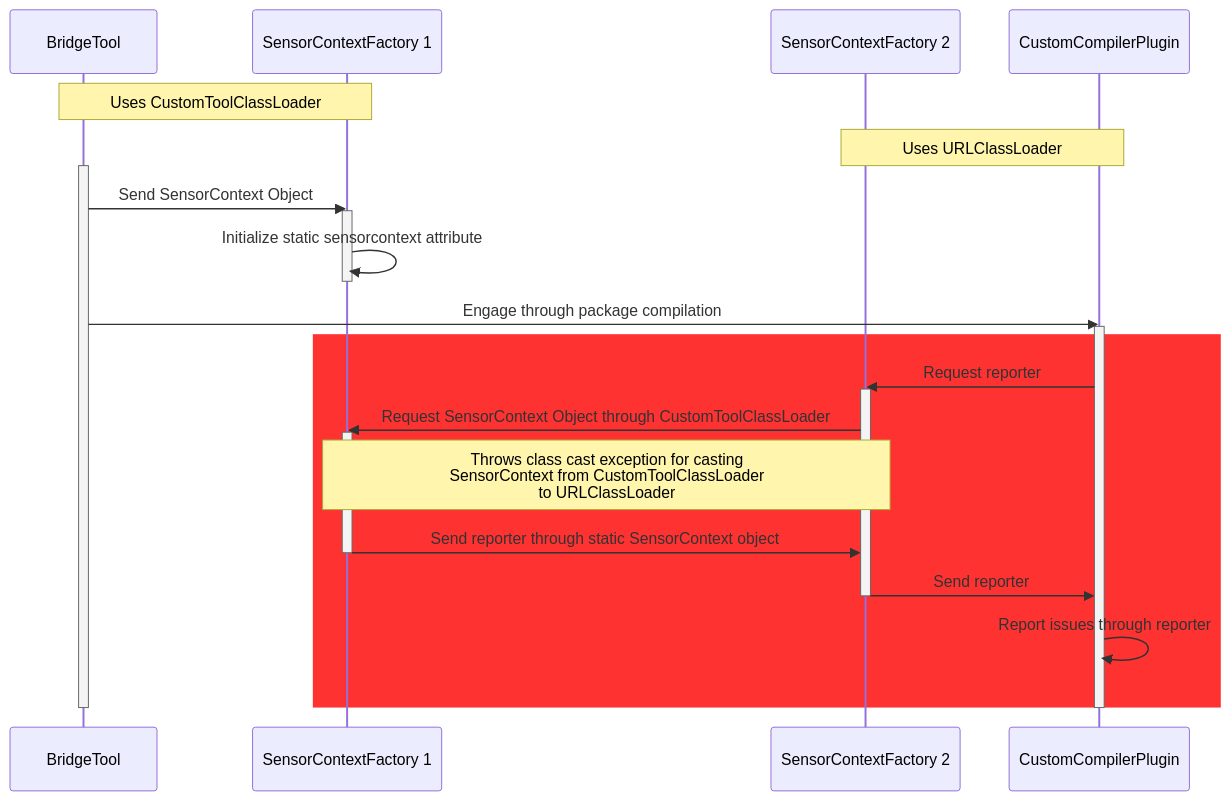
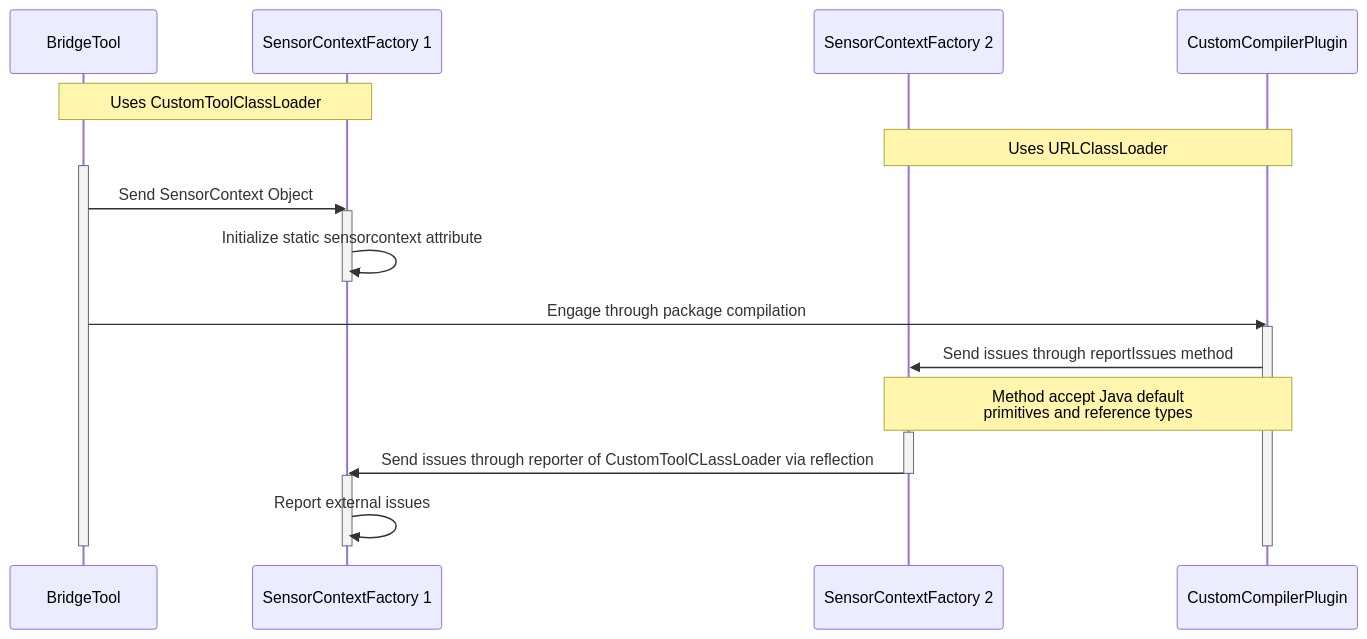
The diagram in README.md (Xenowa/ballerina-tool-extension-methods), drawn with Mermaid before and after one commit. The commit also changed 3 other files, not shown here.

Commit message:
Update: Adding Class loading with Reflection based approach for extending functionalities of Ballerina Tool

````diff
--- a/README.md
+++ b/README.md
@@ -3,30 +3,26 @@
 ```mermaid
 sequenceDiagram
     participant BridgeTool
     participant SensorContextFactory 1
     note over BridgeTool, SensorContextFactory 1: Uses CustomToolClassLoader
     participant SensorContextFactory 2
     participant CustomCompilerPlugin
     note over SensorContextFactory 2, CustomCompilerPlugin: Uses URLClassLoader
     activate BridgeTool
     BridgeTool ->> SensorContextFactory 1: Send SensorContext Object
     activate SensorContextFactory 1
     SensorContextFactory 1 ->> SensorContextFactory 1: Initialize static sensorcontext attribute
     deactivate SensorContextFactory 1
     BridgeTool ->> CustomCompilerPlugin: Engage through package compilation
     activate CustomCompilerPlugin
-    rect rgb(255, 50, 50)
-        CustomCompilerPlugin ->> SensorContextFactory 2: Request reporter
-        activate SensorContextFactory 2
-        SensorContextFactory 2 ->> SensorContextFactory 1: Request SensorContext Object through CustomToolClassLoader
-        activate SensorContextFactory 1
-        note over SensorContextFactory 1, SensorContextFactory 2: Throws class cast exception for casting <br> SensorContext from CustomToolClassLoader <br> to URLClassLoader
-        SensorContextFactory 1 ->> SensorContextFactory 2: Send reporter through static SensorContext object
-        deactivate SensorContextFactory 1
-        SensorContextFactory 2 ->> CustomCompilerPlugin: Send reporter
-        deactivate SensorContextFactory 2
-        CustomCompilerPlugin ->> CustomCompilerPlugin: Report issues through reporter
-    end
+    CustomCompilerPlugin ->> SensorContextFactory 2: Send issues through reportIssues method
+    note over CustomCompilerPlugin, SensorContextFactory 2: Method accept Java default <br> primitives and reference types
+    activate SensorContextFactory 2
+    SensorContextFactory 2 ->> SensorContextFactory 1: Send issues through reporter of CustomToolCLassLoader via reflection
+    deactivate SensorContextFactory 2
+    activate SensorContextFactory 1
+    SensorContextFactory 1 ->> SensorContextFactory 1: Report external issues
+    deactivate SensorContextFactory 1
     deactivate CustomCompilerPlugin
     deactivate BridgeTool
 ```
````
